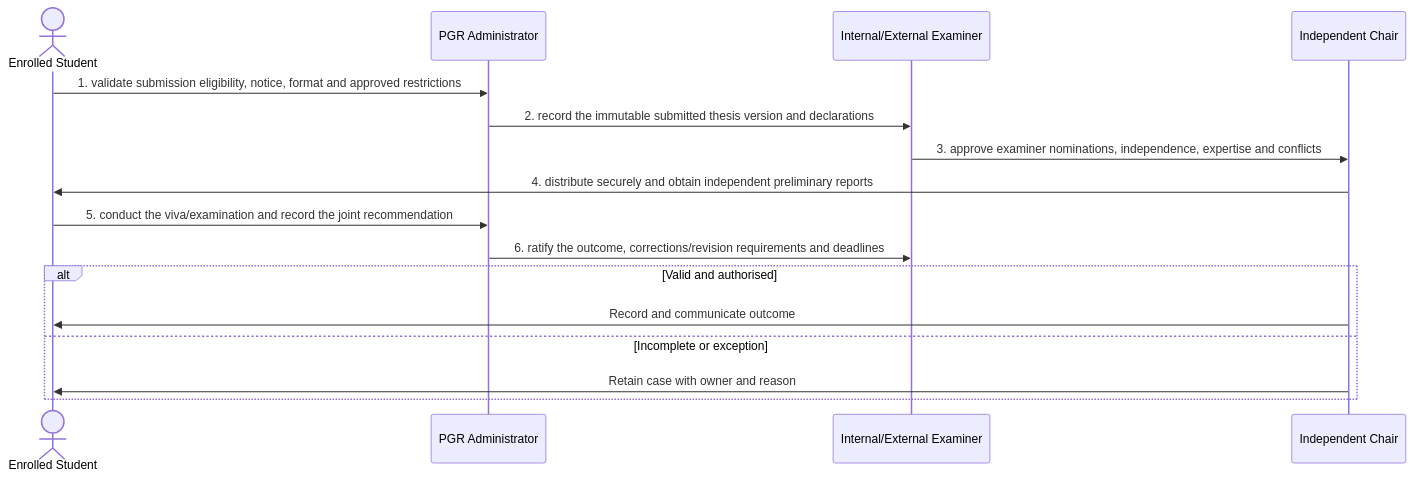
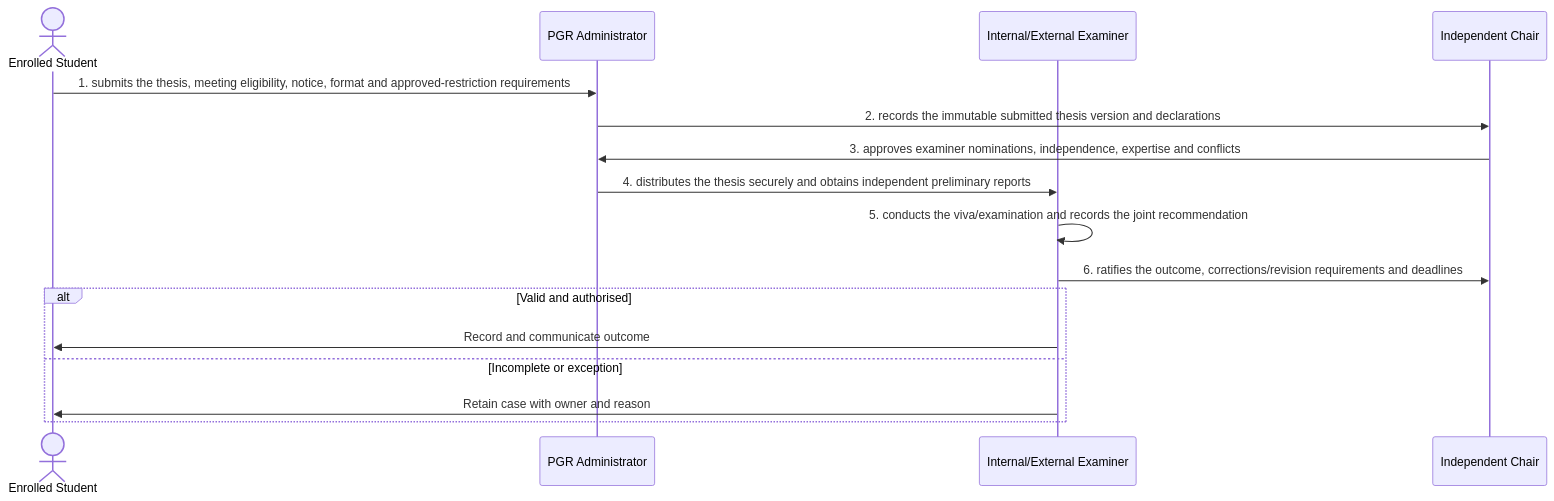
Before and after one commit to RevelationCore/Revelation-SRS: the diagram in docs/business-processes/05-assessment-and-results/bp-05-010-submit-and-examine-a-pgr-thesis.md, drawn with Mermaid. The commit also changed other lines of this file and 96 other files, not shown here.

````diff
--- a/docs/business-processes/05-assessment-and-results/bp-05-010-submit-and-examine-a-pgr-thesis.md
+++ b/docs/business-processes/05-assessment-and-results/bp-05-010-submit-and-examine-a-pgr-thesis.md
@@ -159,18 +159,18 @@
 ```mermaid
 sequenceDiagram
     actor A1 as Enrolled Student
     participant A2 as PGR Administrator
     participant A3 as Internal/External Examiner
     participant A4 as Independent Chair
-    A1->>A2: 1. validate submission eligibility, notice, format and approved restrictions
-    A2->>A3: 2. record the immutable submitted thesis version and declarations
-    A3->>A4: 3. approve examiner nominations, independence, expertise and conflicts
-    A4->>A1: 4. distribute securely and obtain independent preliminary reports
-    A1->>A2: 5. conduct the viva/examination and record the joint recommendation
-    A2->>A3: 6. ratify the outcome, corrections/revision requirements and deadlines
+    A1->>A2: 1. submits the thesis, meeting eligibility, notice, format and approved-restriction requirements
+    A2->>A4: 2. records the immutable submitted thesis version and declarations
+    A4->>A2: 3. approves examiner nominations, independence, expertise and conflicts
+    A2->>A3: 4. distributes the thesis securely and obtains independent preliminary reports
+    A3->>A3: 5. conducts the viva/examination and records the joint recommendation
+    A3->>A4: 6. ratifies the outcome, corrections/revision requirements and deadlines
     alt Valid and authorised
-        A4->>A1: Record and communicate outcome
+        A3->>A1: Record and communicate outcome
     else Incomplete or exception
-        A4->>A1: Retain case with owner and reason
+        A3->>A1: Retain case with owner and reason
     end
 ```
````
